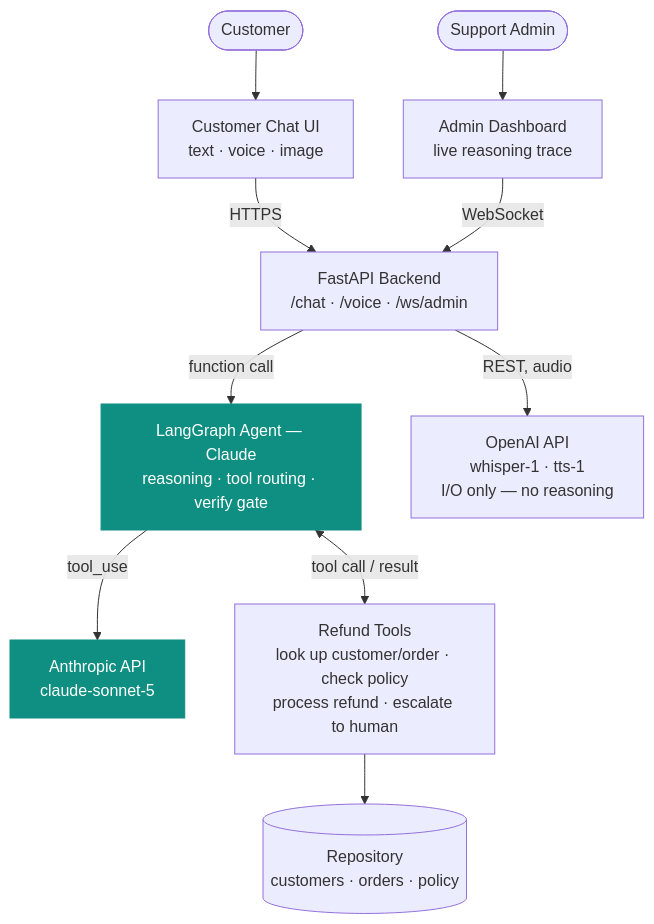
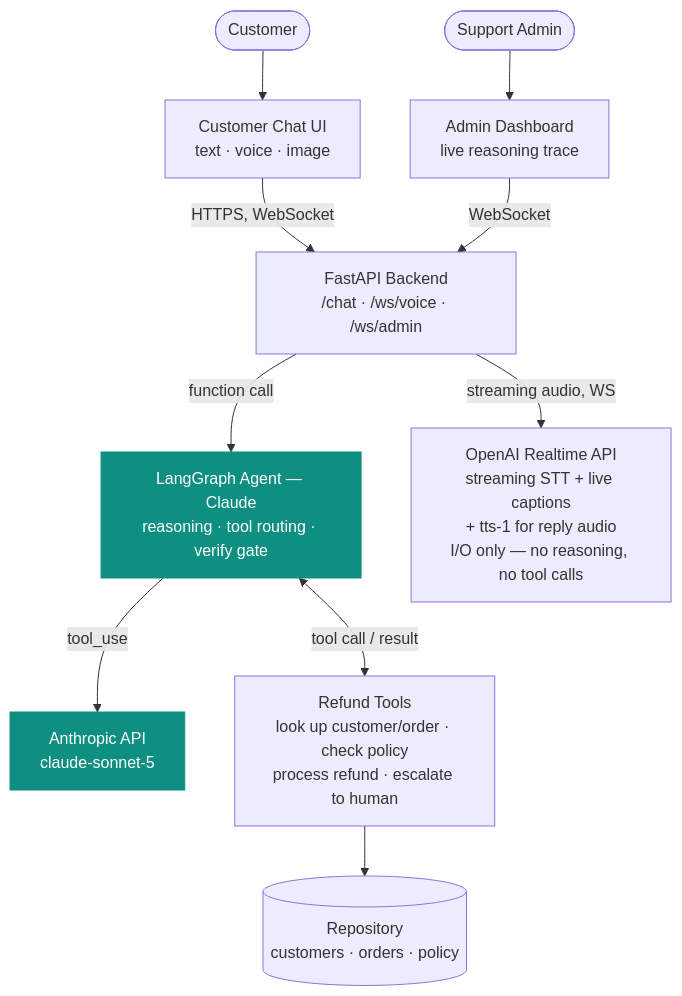
The diagram in README.md (Hamsini92/clearcart-support), drawn with Mermaid before and after one commit. The commit also changed other lines of this file and 5 other files, not shown here.

First line of the commit message:
Replace push-to-talk Whisper/TTS voice pipeline with streaming OpenAI Realtime API

````diff
--- a/README.md
+++ b/README.md
@@ -25,19 +25,19 @@
 ```mermaid
 flowchart TB
     Customer([Customer]) --> ChatUI["Customer Chat UI<br/>text · voice · image"]
     Admin([Support Admin]) --> AdminUI["Admin Dashboard<br/>live reasoning trace"]
 
-    ChatUI -->|HTTPS| API["FastAPI Backend<br/>/chat · /voice · /ws/admin"]
+    ChatUI -->|HTTPS, WebSocket| API["FastAPI Backend<br/>/chat · /ws/voice · /ws/admin"]
     AdminUI -->|WebSocket| API
 
     API -->|function call| Agent["LangGraph Agent — Claude<br/>reasoning · tool routing · verify gate"]
-    API -->|REST, audio| OpenAI["OpenAI API<br/>whisper-1 · tts-1<br/>I/O only — no reasoning"]
+    API -->|streaming audio, WS| OpenAI["OpenAI Realtime API<br/>streaming STT + live captions<br/>+ tts-1 for reply audio<br/>I/O only — no reasoning, no tool calls"]
 
     Agent -->|tool_use| Anthropic["Anthropic API<br/>claude-sonnet-5"]
     Agent <-->|tool call / result| Tools["Refund Tools<br/>look up customer/order · check policy<br/>process refund · escalate to human"]
 
     Tools --> Data[("Repository<br/>customers · orders · policy")]
 
     classDef reason fill:#0f8f82,stroke:#0f8f82,color:#fff;
     class Agent,Anthropic reason;
 ```
````
